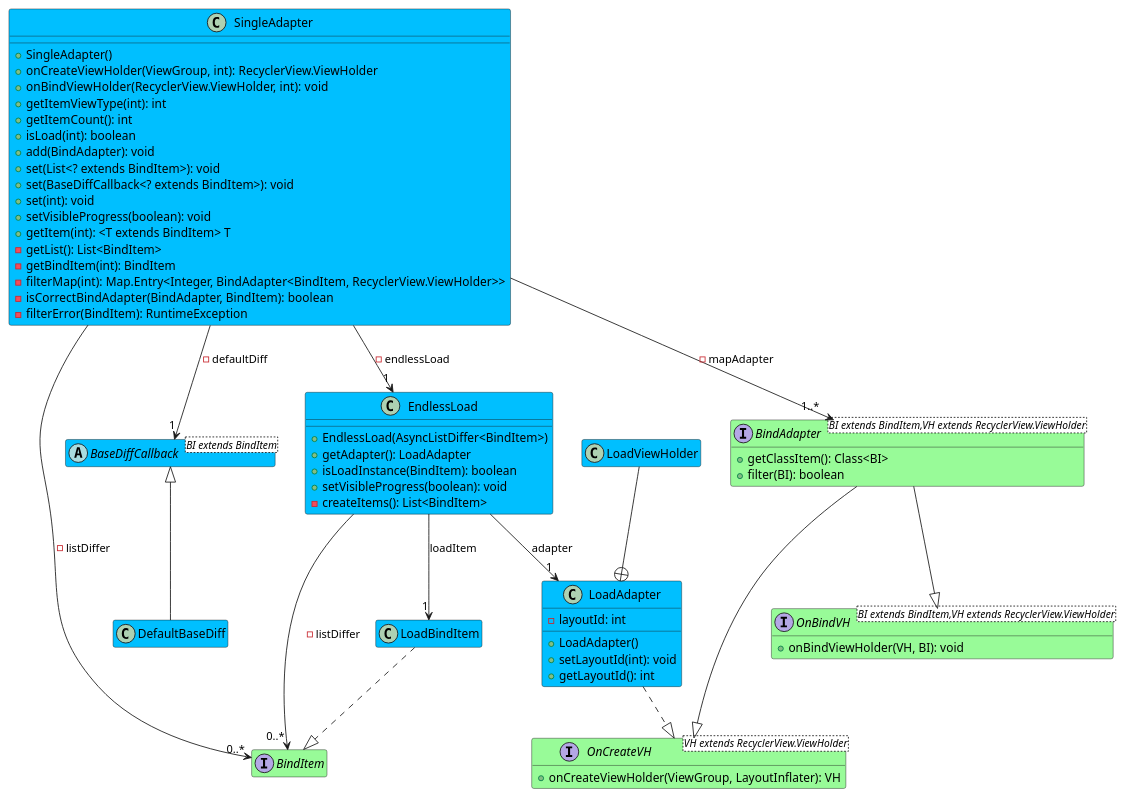
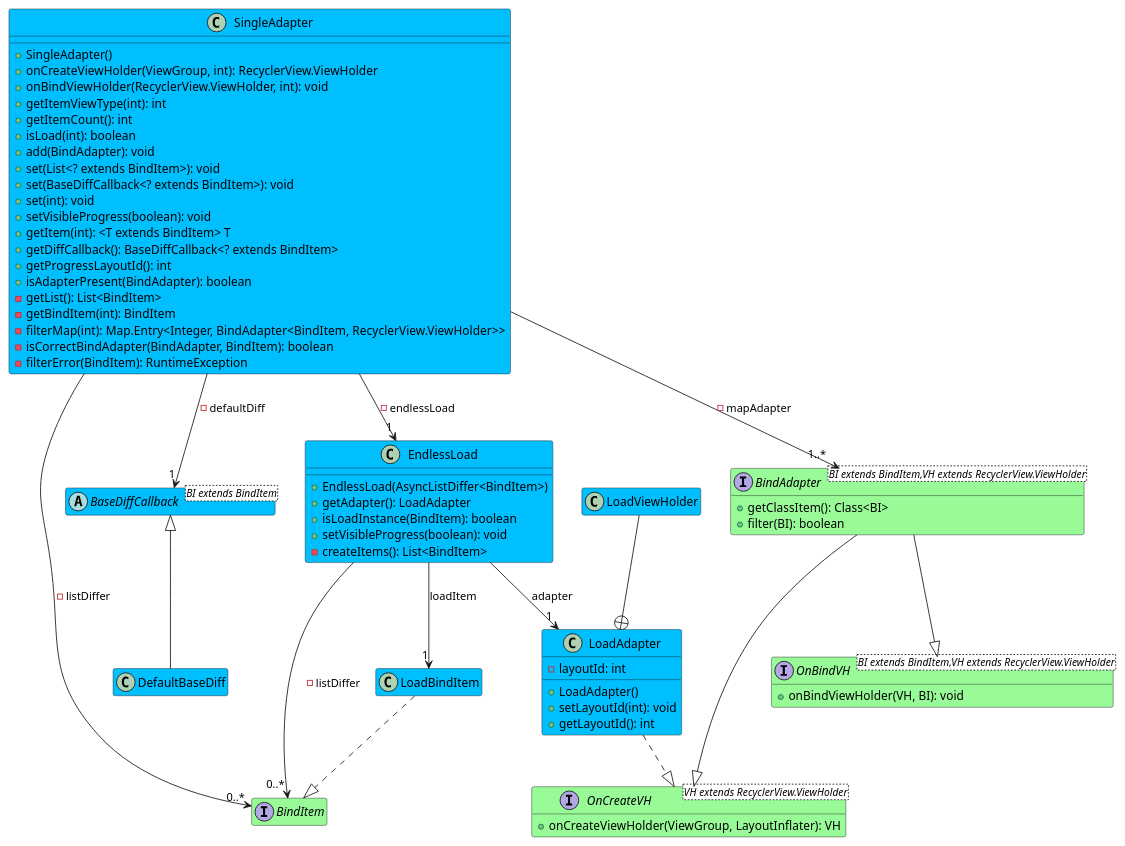
Before and after one commit to vanskarner/SingleAdapter: the diagram in singleAdapter/src/main/java/com/vanskarner/singleadapter/Diagram.puml, drawn with PlantUML. The commit also changed 9 other files, not shown here.

```diff
--- a/singleAdapter/src/main/java/com/vanskarner/singleadapter/Diagram.puml
+++ b/singleAdapter/src/main/java/com/vanskarner/singleadapter/Diagram.puml
@@ -1,92 +1,95 @@
 @startuml
 'https://plantuml.com/class-diagram
 
 /'Specification of classes and interfaces'/
 class SingleAdapter{
 
     + SingleAdapter()
     + onCreateViewHolder(ViewGroup, int): RecyclerView.ViewHolder
     + onBindViewHolder(RecyclerView.ViewHolder, int): void
     + getItemViewType(int): int
     + getItemCount(): int
     + isLoad(int): boolean
     + add(BindAdapter): void
     + set(List<? extends BindItem>): void
     + set(BaseDiffCallback<? extends BindItem>): void
     + set(int): void
     + setVisibleProgress(boolean): void
     + getItem(int): <T extends BindItem> T
+    + getDiffCallback(): BaseDiffCallback<? extends BindItem>
+    + getProgressLayoutId(): int
+    + isAdapterPresent(BindAdapter): boolean
     - getList(): List<BindItem>
     - getBindItem(int): BindItem
     - filterMap(int): Map.Entry<Integer, BindAdapter<BindItem, RecyclerView.ViewHolder>>
     - isCorrectBindAdapter(BindAdapter, BindItem): boolean
     - filterError(BindItem): RuntimeException
 }
 class EndlessLoad{
 
     + EndlessLoad(AsyncListDiffer<BindItem>)
     + getAdapter(): LoadAdapter
     + isLoadInstance(BindItem): boolean
     + setVisibleProgress(boolean): void
     - createItems(): List<BindItem>
 }
 class LoadAdapter{
     - layoutId: int
 
     + LoadAdapter()
     + setLayoutId(int): void
     + getLayoutId(): int
 }
 class LoadBindItem
 abstract class BaseDiffCallback<BI extends BindItem>
 class DefaultBaseDiff
 interface BindItem
 interface OnCreateVH<VH extends RecyclerView.ViewHolder>{
     + onCreateViewHolder(ViewGroup, LayoutInflater): VH
 }
 interface OnBindVH<BI extends BindItem,VH extends RecyclerView.ViewHolder>{
     + onBindViewHolder(VH, BI): void
 }
 interface BindAdapter<BI extends BindItem,VH extends RecyclerView.ViewHolder>{
     + getClassItem(): Class<BI>
     + filter(BI): boolean
 }
 class LoadViewHolder
 
 /'Relations'/
 SingleAdapter --> "1" BaseDiffCallback : -defaultDiff
 SingleAdapter --> "1" EndlessLoad : -endlessLoad
 SingleAdapter --> "0..*" BindItem : -listDiffer
 SingleAdapter --> "1..*" BindAdapter : -mapAdapter
 BindAdapter --|> OnCreateVH
 BindAdapter --|> OnBindVH
 BaseDiffCallback <|-- DefaultBaseDiff
 EndlessLoad --> "1" LoadAdapter : adapter
 EndlessLoad --> "1" LoadBindItem :loadItem
 EndlessLoad --> "0..*" BindItem : - listDiffer
 LoadAdapter ..|> OnCreateVH
 LoadBindItem ..|> BindItem
 LoadViewHolder --+ LoadAdapter
 
 /'visual customization'/
 hide LoadViewHolder members
 hide LoadBindItem members
 hide BaseDiffCallback members
 hide DefaultBaseDiff members
 hide BindItem members
 hide OnCreateVH attributes
 hide BindAdapter attributes
 hide OnBindVH attributes
 interface BindItem #paleGreen
 interface OnCreateVH #paleGreen
 interface OnBindVH #paleGreen
 interface BindAdapter #paleGreen
 class SingleAdapter #deepskyblue
 abstract class BaseDiffCallback #deepskyblue
 class EndlessLoad #deepskyblue
 class DefaultBaseDiff #deepskyblue
 class LoadBindItem #deepskyblue
 class LoadViewHolder #deepskyblue
 class LoadAdapter #deepskyblue
 
 @enduml
```
